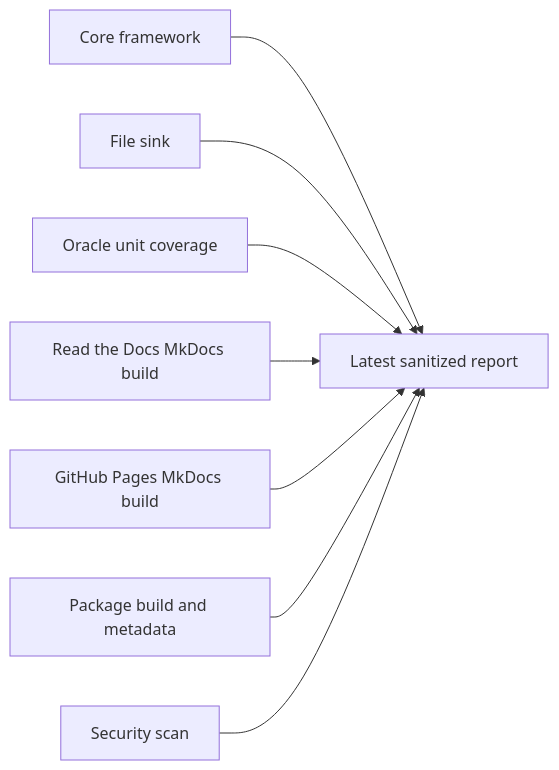
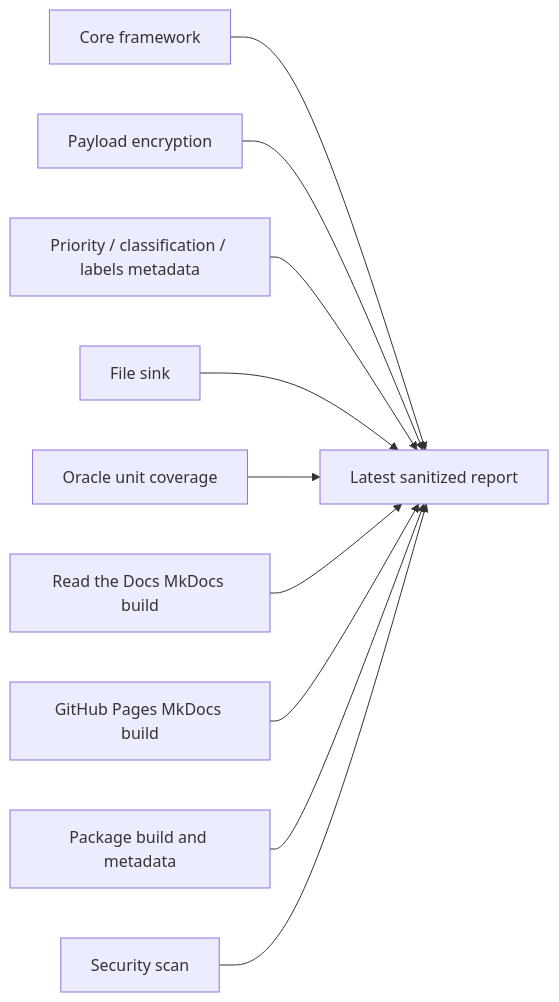
One commit to ProjectCuillin/nats-sinks changed the first of 5 diagrams in docs/test-report.md. Above: the diagram before and after it, drawn with Mermaid. The commit also changed other lines of this file and 80 other files, not shown here.

````diff
--- a/docs/test-report.md
+++ b/docs/test-report.md
@@ -31,10 +33,12 @@
 ```mermaid
 flowchart LR
     Core[Core framework] --> Report[Latest sanitized report]
+    Crypto[Payload encryption] --> Report
+    MessageMeta[Priority / classification / labels metadata] --> Report
     File[File sink] --> Report
     OracleUnit[Oracle unit coverage] --> Report
     DocsRTD[Read the Docs MkDocs build] --> Report
     DocsPages[GitHub Pages MkDocs build] --> Report
     Package[Package build and metadata] --> Report
     Security[Security scan] --> Report
 ```
````
